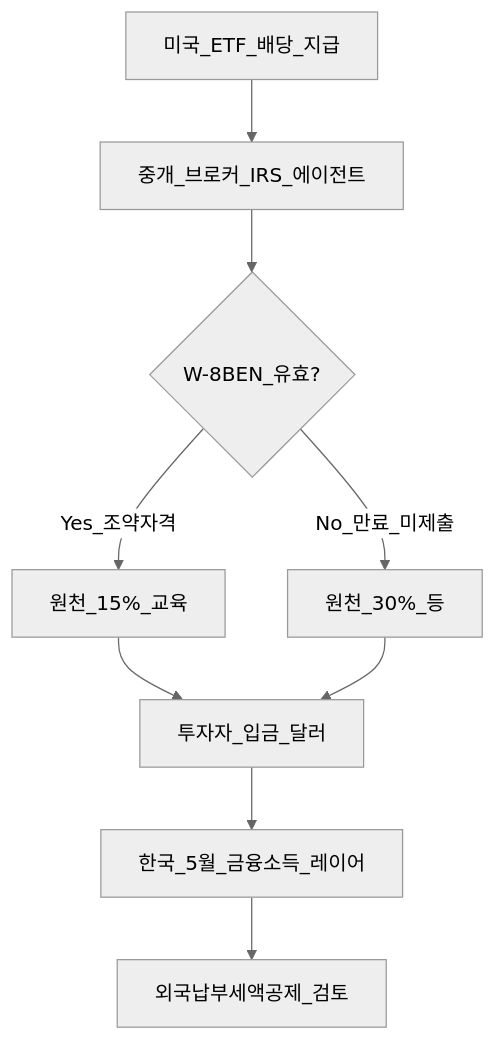
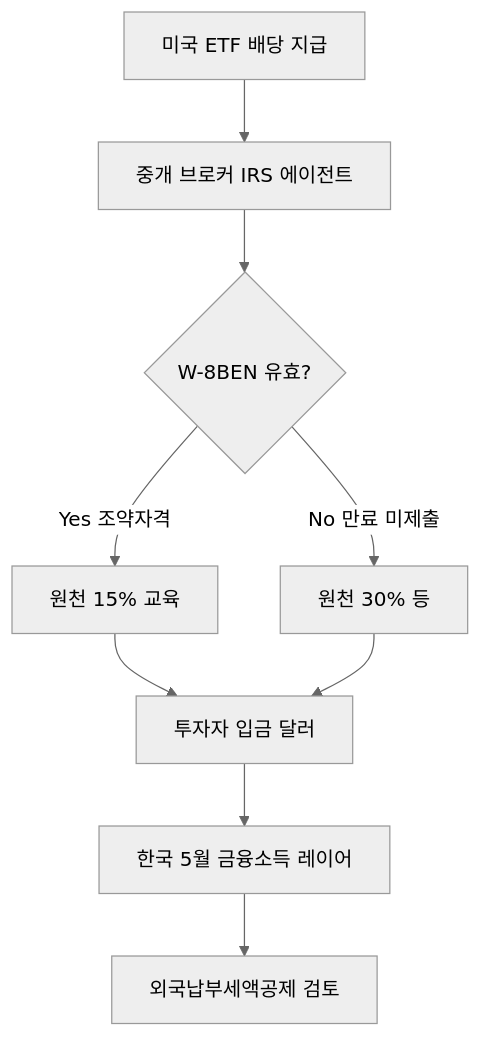
Before and after one commit to goldanghenry/Finances: the first of 5 diagrams in 03-markets/overseas-tax-fx-hedging.md, drawn with Mermaid (neutral theme). The commit also changed other lines of this file and 211 other files, not shown here.

````diff
--- a/03-markets/overseas-tax-fx-hedging.md
+++ b/03-markets/overseas-tax-fx-hedging.md
@@ -134,11 +140,11 @@
 ```mermaid
 flowchart TD
-  Div[미국_ETF_배당_지급] --> Broker[중개_브로커_IRS_에이전트]
-  Broker --> Check{W-8BEN_유효?}
-  Check -->|Yes_조약자격| W15[원천_15%_교육]
-  Check -->|No_만료_미제출| W30[원천_30%_등]
-  W15 --> Cash[투자자_입금_달러]
+  Div["미국 ETF 배당 지급"] --> Broker["중개 브로커 IRS 에이전트"]
+  Broker --> Check{"W-8BEN 유효?"}
+  Check -->|"Yes 조약자격"| W15["원천 15% 교육"]
+  Check -->|"No 만료 미제출"| W30["원천 30% 등"]
+  W15 --> Cash["투자자 입금 달러"]
   W30 --> Cash
-  Cash --> KR[한국_5월_금융소득_레이어]
-  KR --> FTC[외국납부세액공제_검토]
+  Cash --> KR["한국 5월 금융소득 레이어"]
+  KR --> FTC["외국납부세액공제 검토"]
 ```
````
